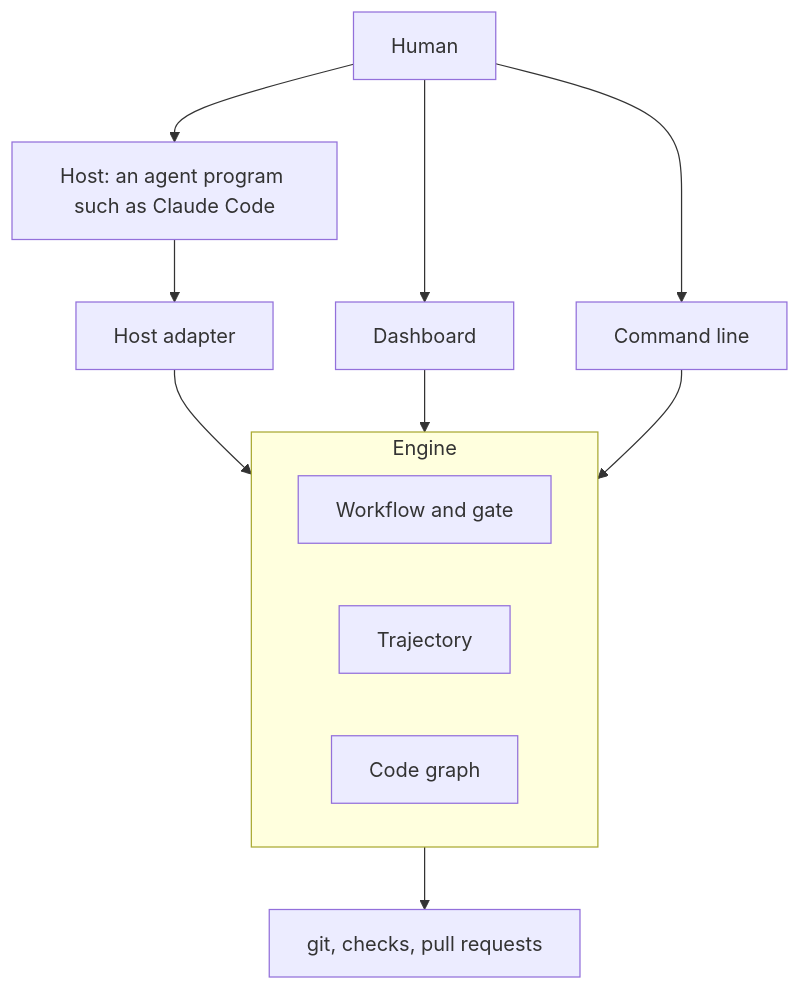
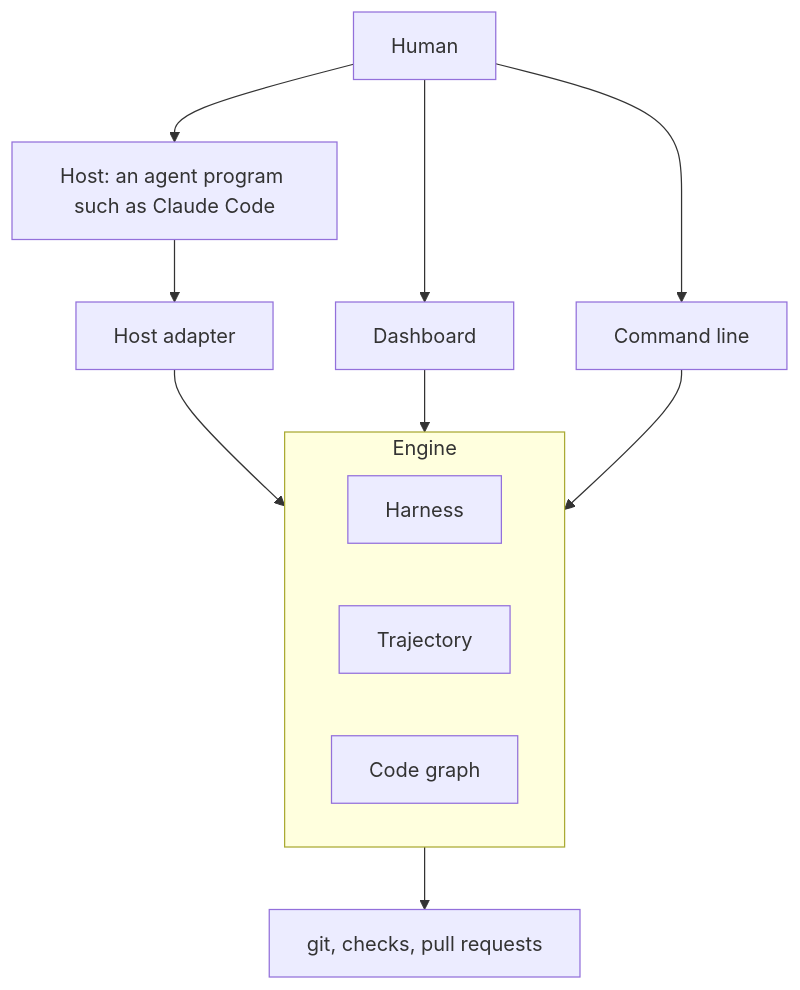
Before and after one commit to trustmybot/tmb: the diagram in docs/architecture/README.md, drawn with Mermaid. The commit also changed other lines of this file and 13 other files, not shown here.

Commit message:
📝 docs: architecture README review, source columns, workspace and ground-truth rule

````diff
--- a/docs/architecture/README.md
+++ b/docs/architecture/README.md
@@ -22,16 +22,16 @@
 ```mermaid
 flowchart TD
     H["Human"] --> Host["Host: an agent program such as Claude Code"]
     H --> D["Dashboard"]
     H --> C["Command line"]
     Host --> A["Host adapter"]
     A --> E
     D --> E
     C --> E
     subgraph E["Engine"]
-        W["Workflow and gate"]
+        W["Harness"]
         T["Trajectory"]
         G["Code graph"]
     end
     E --> Git["git, checks, pull requests"]
 ```
````
